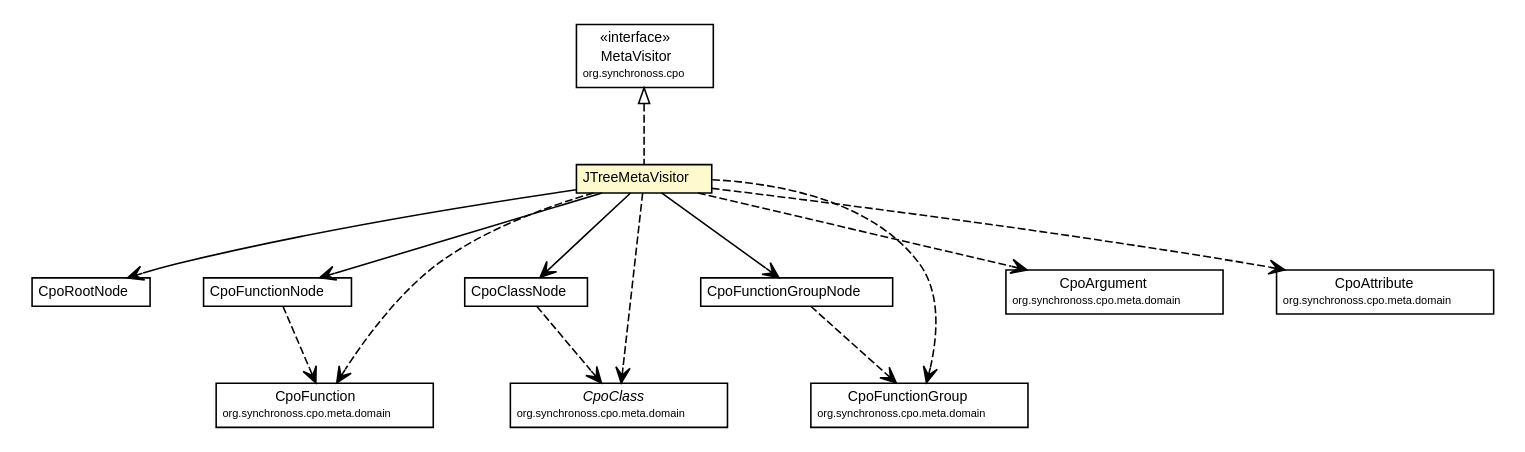
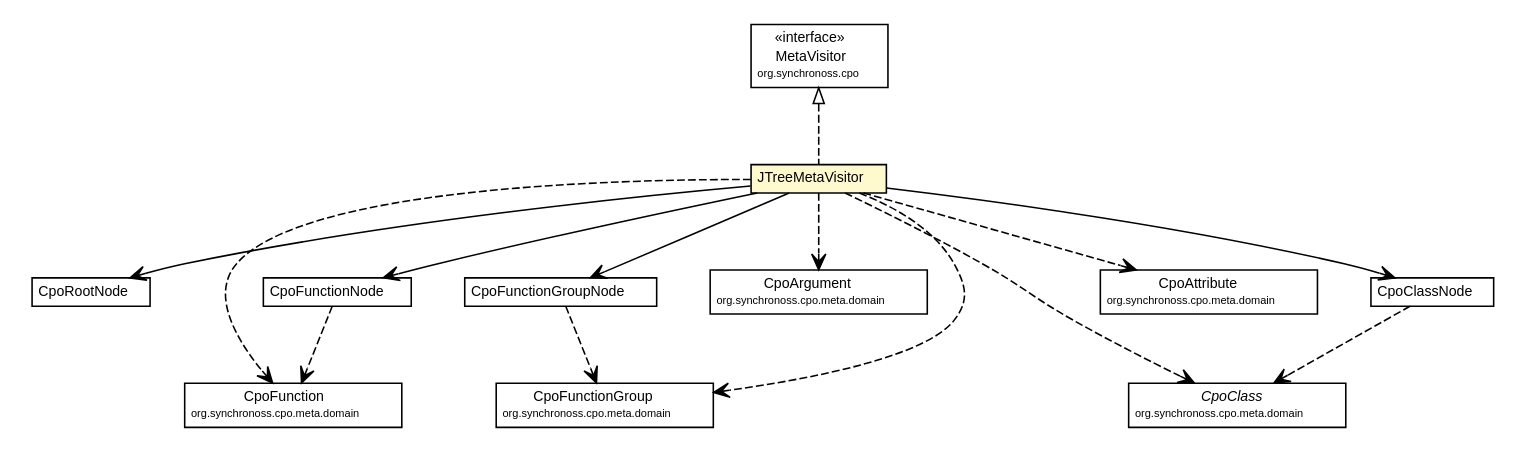
Before and after one commit to synchronoss/cpo-util: the diagram in site/apidocs/org/synchronoss/cpo/util/JTreeMetaVisitor.dot, drawn with Graphviz. The commit also changed 294 other files, not shown here.

Commit message:
Creating site for cpoUtil, 5.1.1-SNAPSHOT

```diff
--- a/site/apidocs/org/synchronoss/cpo/util/JTreeMetaVisitor.dot
+++ b/site/apidocs/org/synchronoss/cpo/util/JTreeMetaVisitor.dot
@@ -1,109 +1,109 @@
 #!/usr/local/bin/dot
 #
 # Class diagram 
 # Generated by UmlGraph version 4.6 (http://www.spinellis.gr/sw/umlgraph)
 #
 
 digraph G {
 	edge [fontname="Helvetica",fontsize=10,labelfontname="Helvetica",labelfontsize=10];
 	node [fontname="Helvetica",fontsize=10,shape=plaintext];
 	// org.synchronoss.cpo.util.JTreeMetaVisitor
 	c1707 [label=<<table border="0" cellborder="1" cellspacing="0" cellpadding="2" port="p" bgcolor="lemonChiffon" href="./JTreeMetaVisitor.html">
 		<tr><td><table border="0" cellspacing="0" cellpadding="1">
 			<tr><td> JTreeMetaVisitor </td></tr>
 		</table></td></tr>
 		</table>>, fontname="Helvetica", fontcolor="black", fontsize=9.0];
 	// org.synchronoss.cpo.util.CpoRootNode
 	c1715 [label=<<table border="0" cellborder="1" cellspacing="0" cellpadding="2" port="p" href="./CpoRootNode.html">
 		<tr><td><table border="0" cellspacing="0" cellpadding="1">
 			<tr><td> CpoRootNode </td></tr>
 		</table></td></tr>
 		</table>>, fontname="Helvetica", fontcolor="black", fontsize=9.0];
 	// org.synchronoss.cpo.util.CpoFunctionNode
 	c1721 [label=<<table border="0" cellborder="1" cellspacing="0" cellpadding="2" port="p" href="./CpoFunctionNode.html">
 		<tr><td><table border="0" cellspacing="0" cellpadding="1">
 			<tr><td> CpoFunctionNode </td></tr>
 		</table></td></tr>
 		</table>>, fontname="Helvetica", fontcolor="black", fontsize=9.0];
 	// org.synchronoss.cpo.util.CpoClassNode
 	c1723 [label=<<table border="0" cellborder="1" cellspacing="0" cellpadding="2" port="p" href="./CpoClassNode.html">
 		<tr><td><table border="0" cellspacing="0" cellpadding="1">
 			<tr><td> CpoClassNode </td></tr>
 		</table></td></tr>
 		</table>>, fontname="Helvetica", fontcolor="black", fontsize=9.0];
 	// org.synchronoss.cpo.util.CpoFunctionGroupNode
 	c1728 [label=<<table border="0" cellborder="1" cellspacing="0" cellpadding="2" port="p" href="./CpoFunctionGroupNode.html">
 		<tr><td><table border="0" cellspacing="0" cellpadding="1">
 			<tr><td> CpoFunctionGroupNode </td></tr>
 		</table></td></tr>
 		</table>>, fontname="Helvetica", fontcolor="black", fontsize=9.0];
 	//org.synchronoss.cpo.util.JTreeMetaVisitor implements org.synchronoss.cpo.MetaVisitor
 	c1764:p -> c1707:p [dir=back,arrowtail=empty,style=dashed];
 	// org.synchronoss.cpo.util.JTreeMetaVisitor NAVASSOC org.synchronoss.cpo.util.CpoRootNode
 	c1707:p -> c1715:p [taillabel="", label="", headlabel="", fontname="Helvetica", fontcolor="black", fontsize=10.0, color="black", arrowhead=open];
 	// org.synchronoss.cpo.util.JTreeMetaVisitor NAVASSOC org.synchronoss.cpo.util.CpoClassNode
 	c1707:p -> c1723:p [taillabel="", label="", headlabel="", fontname="Helvetica", fontcolor="black", fontsize=10.0, color="black", arrowhead=open];
 	// org.synchronoss.cpo.util.JTreeMetaVisitor NAVASSOC org.synchronoss.cpo.util.CpoFunctionGroupNode
 	c1707:p -> c1728:p [taillabel="", label="", headlabel="", fontname="Helvetica", fontcolor="black", fontsize=10.0, color="black", arrowhead=open];
 	// org.synchronoss.cpo.util.JTreeMetaVisitor NAVASSOC org.synchronoss.cpo.util.CpoFunctionNode
 	c1707:p -> c1721:p [taillabel="", label="", headlabel="", fontname="Helvetica", fontcolor="black", fontsize=10.0, color="black", arrowhead=open];
+	// org.synchronoss.cpo.util.JTreeMetaVisitor DEPEND org.synchronoss.cpo.meta.domain.CpoArgument
+	c1707:p -> c1765:p [taillabel="", label="", headlabel="", fontname="Helvetica", fontcolor="black", fontsize=10.0, color="black", arrowhead=open, style=dashed];
+	// org.synchronoss.cpo.util.JTreeMetaVisitor DEPEND org.synchronoss.cpo.meta.domain.CpoFunction
+	c1707:p -> c1766:p [taillabel="", label="", headlabel="", fontname="Helvetica", fontcolor="black", fontsize=10.0, color="black", arrowhead=open, style=dashed];
 	// org.synchronoss.cpo.util.JTreeMetaVisitor DEPEND org.synchronoss.cpo.meta.domain.CpoFunctionGroup
-	c1707:p -> c1766:p [taillabel="", label="", headlabel="", fontname="Helvetica", fontcolor="black", fontsize=10.0, color="black", arrowhead=open, style=dashed];
-	// org.synchronoss.cpo.util.JTreeMetaVisitor DEPEND org.synchronoss.cpo.meta.domain.CpoFunction
-	c1707:p -> c1767:p [taillabel="", label="", headlabel="", fontname="Helvetica", fontcolor="black", fontsize=10.0, color="black", arrowhead=open, style=dashed];
+	c1707:p -> c1768:p [taillabel="", label="", headlabel="", fontname="Helvetica", fontcolor="black", fontsize=10.0, color="black", arrowhead=open, style=dashed];
+	// org.synchronoss.cpo.util.JTreeMetaVisitor DEPEND org.synchronoss.cpo.meta.domain.CpoAttribute
+	c1707:p -> c1769:p [taillabel="", label="", headlabel="", fontname="Helvetica", fontcolor="black", fontsize=10.0, color="black", arrowhead=open, style=dashed];
 	// org.synchronoss.cpo.util.JTreeMetaVisitor DEPEND org.synchronoss.cpo.meta.domain.CpoClass
-	c1707:p -> c1768:p [taillabel="", label="", headlabel="", fontname="Helvetica", fontcolor="black", fontsize=10.0, color="black", arrowhead=open, style=dashed];
-	// org.synchronoss.cpo.util.JTreeMetaVisitor DEPEND org.synchronoss.cpo.meta.domain.CpoArgument
-	c1707:p -> c1769:p [taillabel="", label="", headlabel="", fontname="Helvetica", fontcolor="black", fontsize=10.0, color="black", arrowhead=open, style=dashed];
-	// org.synchronoss.cpo.util.JTreeMetaVisitor DEPEND org.synchronoss.cpo.meta.domain.CpoAttribute
 	c1707:p -> c1770:p [taillabel="", label="", headlabel="", fontname="Helvetica", fontcolor="black", fontsize=10.0, color="black", arrowhead=open, style=dashed];
 	// org.synchronoss.cpo.util.CpoFunctionNode DEPEND org.synchronoss.cpo.meta.domain.CpoFunction
-	c1721:p -> c1767:p [taillabel="", label="", headlabel="", fontname="Helvetica", fontcolor="black", fontsize=10.0, color="black", arrowhead=open, style=dashed];
+	c1721:p -> c1766:p [taillabel="", label="", headlabel="", fontname="Helvetica", fontcolor="black", fontsize=10.0, color="black", arrowhead=open, style=dashed];
 	// org.synchronoss.cpo.util.CpoClassNode DEPEND org.synchronoss.cpo.meta.domain.CpoClass
-	c1723:p -> c1768:p [taillabel="", label="", headlabel="", fontname="Helvetica", fontcolor="black", fontsize=10.0, color="black", arrowhead=open, style=dashed];
+	c1723:p -> c1770:p [taillabel="", label="", headlabel="", fontname="Helvetica", fontcolor="black", fontsize=10.0, color="black", arrowhead=open, style=dashed];
 	// org.synchronoss.cpo.util.CpoFunctionGroupNode DEPEND org.synchronoss.cpo.meta.domain.CpoFunctionGroup
-	c1728:p -> c1766:p [taillabel="", label="", headlabel="", fontname="Helvetica", fontcolor="black", fontsize=10.0, color="black", arrowhead=open, style=dashed];
+	c1728:p -> c1768:p [taillabel="", label="", headlabel="", fontname="Helvetica", fontcolor="black", fontsize=10.0, color="black", arrowhead=open, style=dashed];
 	// org.synchronoss.cpo.meta.domain.CpoClass
-	c1768 [label=<<table border="0" cellborder="1" cellspacing="0" cellpadding="2" port="p" href="http://java.sun.com/j2se/1.4.2/docs/api/org/synchronoss/cpo/meta/domain/CpoClass.html">
+	c1770 [label=<<table border="0" cellborder="1" cellspacing="0" cellpadding="2" port="p" href="http://java.sun.com/j2se/1.4.2/docs/api/org/synchronoss/cpo/meta/domain/CpoClass.html">
 		<tr><td><table border="0" cellspacing="0" cellpadding="1">
 			<tr><td><font face="Helvetica-Oblique"> CpoClass </font></td></tr>
 			<tr><td><font point-size="7.0"> org.synchronoss.cpo.meta.domain </font></td></tr>
 		</table></td></tr>
 		</table>>, fontname="Helvetica", fontcolor="black", fontsize=9.0];
 	// org.synchronoss.cpo.meta.domain.CpoArgument
-	c1769 [label=<<table border="0" cellborder="1" cellspacing="0" cellpadding="2" port="p" href="http://java.sun.com/j2se/1.4.2/docs/api/org/synchronoss/cpo/meta/domain/CpoArgument.html">
+	c1765 [label=<<table border="0" cellborder="1" cellspacing="0" cellpadding="2" port="p" href="http://java.sun.com/j2se/1.4.2/docs/api/org/synchronoss/cpo/meta/domain/CpoArgument.html">
 		<tr><td><table border="0" cellspacing="0" cellpadding="1">
 			<tr><td> CpoArgument </td></tr>
 			<tr><td><font point-size="7.0"> org.synchronoss.cpo.meta.domain </font></td></tr>
 		</table></td></tr>
 		</table>>, fontname="Helvetica", fontcolor="black", fontsize=9.0];
 	// org.synchronoss.cpo.meta.domain.CpoAttribute
-	c1770 [label=<<table border="0" cellborder="1" cellspacing="0" cellpadding="2" port="p" href="http://java.sun.com/j2se/1.4.2/docs/api/org/synchronoss/cpo/meta/domain/CpoAttribute.html">
+	c1769 [label=<<table border="0" cellborder="1" cellspacing="0" cellpadding="2" port="p" href="http://java.sun.com/j2se/1.4.2/docs/api/org/synchronoss/cpo/meta/domain/CpoAttribute.html">
 		<tr><td><table border="0" cellspacing="0" cellpadding="1">
 			<tr><td> CpoAttribute </td></tr>
 			<tr><td><font point-size="7.0"> org.synchronoss.cpo.meta.domain </font></td></tr>
 		</table></td></tr>
 		</table>>, fontname="Helvetica", fontcolor="black", fontsize=9.0];
 	// org.synchronoss.cpo.meta.domain.CpoFunction
-	c1767 [label=<<table border="0" cellborder="1" cellspacing="0" cellpadding="2" port="p" href="http://java.sun.com/j2se/1.4.2/docs/api/org/synchronoss/cpo/meta/domain/CpoFunction.html">
+	c1766 [label=<<table border="0" cellborder="1" cellspacing="0" cellpadding="2" port="p" href="http://java.sun.com/j2se/1.4.2/docs/api/org/synchronoss/cpo/meta/domain/CpoFunction.html">
 		<tr><td><table border="0" cellspacing="0" cellpadding="1">
 			<tr><td> CpoFunction </td></tr>
 			<tr><td><font point-size="7.0"> org.synchronoss.cpo.meta.domain </font></td></tr>
 		</table></td></tr>
 		</table>>, fontname="Helvetica", fontcolor="black", fontsize=9.0];
 	// org.synchronoss.cpo.meta.domain.CpoFunctionGroup
-	c1766 [label=<<table border="0" cellborder="1" cellspacing="0" cellpadding="2" port="p" href="http://java.sun.com/j2se/1.4.2/docs/api/org/synchronoss/cpo/meta/domain/CpoFunctionGroup.html">
+	c1768 [label=<<table border="0" cellborder="1" cellspacing="0" cellpadding="2" port="p" href="http://java.sun.com/j2se/1.4.2/docs/api/org/synchronoss/cpo/meta/domain/CpoFunctionGroup.html">
 		<tr><td><table border="0" cellspacing="0" cellpadding="1">
 			<tr><td> CpoFunctionGroup </td></tr>
 			<tr><td><font point-size="7.0"> org.synchronoss.cpo.meta.domain </font></td></tr>
 		</table></td></tr>
 		</table>>, fontname="Helvetica", fontcolor="black", fontsize=9.0];
 	// org.synchronoss.cpo.MetaVisitor
 	c1764 [label=<<table border="0" cellborder="1" cellspacing="0" cellpadding="2" port="p" href="http://java.sun.com/j2se/1.4.2/docs/api/org/synchronoss/cpo/MetaVisitor.html">
 		<tr><td><table border="0" cellspacing="0" cellpadding="1">
 			<tr><td> &laquo;interface&raquo; </td></tr>
 			<tr><td> MetaVisitor </td></tr>
 			<tr><td><font point-size="7.0"> org.synchronoss.cpo </font></td></tr>
 		</table></td></tr>
 		</table>>, fontname="Helvetica", fontcolor="black", fontsize=9.0];
 }
```
